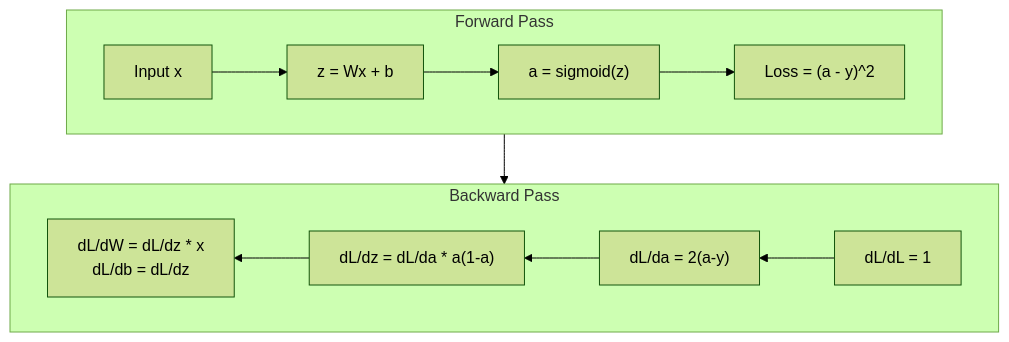
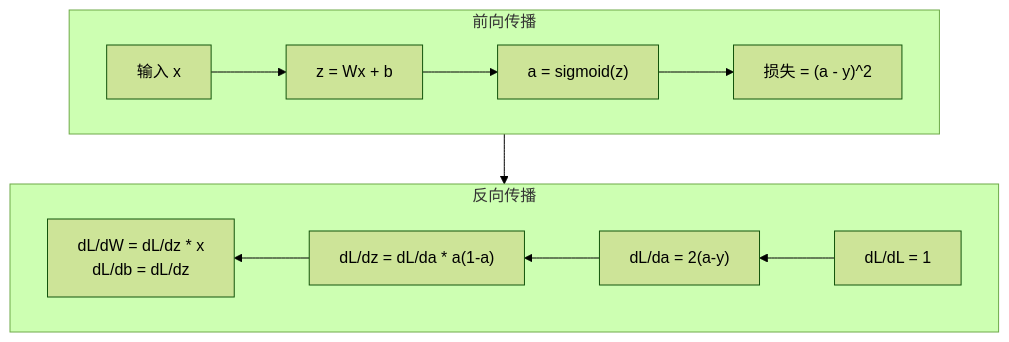
The second of 3 diagrams in phases/03-deep-learning-core/03-backpropagation/docs/zh.md (alessandrodinisio-ai/ai-engineering-learning-framework), drawn with Mermaid (forest theme) before and after one commit. The commit also changed other lines of this file and 120 other files, not shown here.

First line of the commit message:
i18n(mermaid): 337 个 mermaid 图表标签中文化

````diff
--- a/phases/03-deep-learning-core/03-backpropagation/docs/zh.md
+++ b/phases/03-deep-learning-core/03-backpropagation/docs/zh.md
@@ -56,16 +56,16 @@
 ```mermaid
 graph TB
-    subgraph Forward["Forward Pass"]
+    subgraph Forward["前向传播"]
         direction LR
-        f1["Input x"] --> f2["z = Wx + b"]
+        f1["输入 x"] --> f2["z = Wx + b"]
         f2 --> f3["a = sigmoid(z)"]
-        f3 --> f4["Loss = (a - y)^2"]
+        f3 --> f4["损失 = (a - y)^2"]
     end
-    subgraph Backward["Backward Pass"]
+    subgraph Backward["反向传播"]
         direction RL
         b4["dL/dL = 1"] --> b3["dL/da = 2(a-y)"]
         b3 --> b2["dL/dz = dL/da * a(1-a)"]
         b2 --> b1["dL/dW = dL/dz * x\ndL/db = dL/dz"]
     end
     Forward --> Backward
 ```
````
